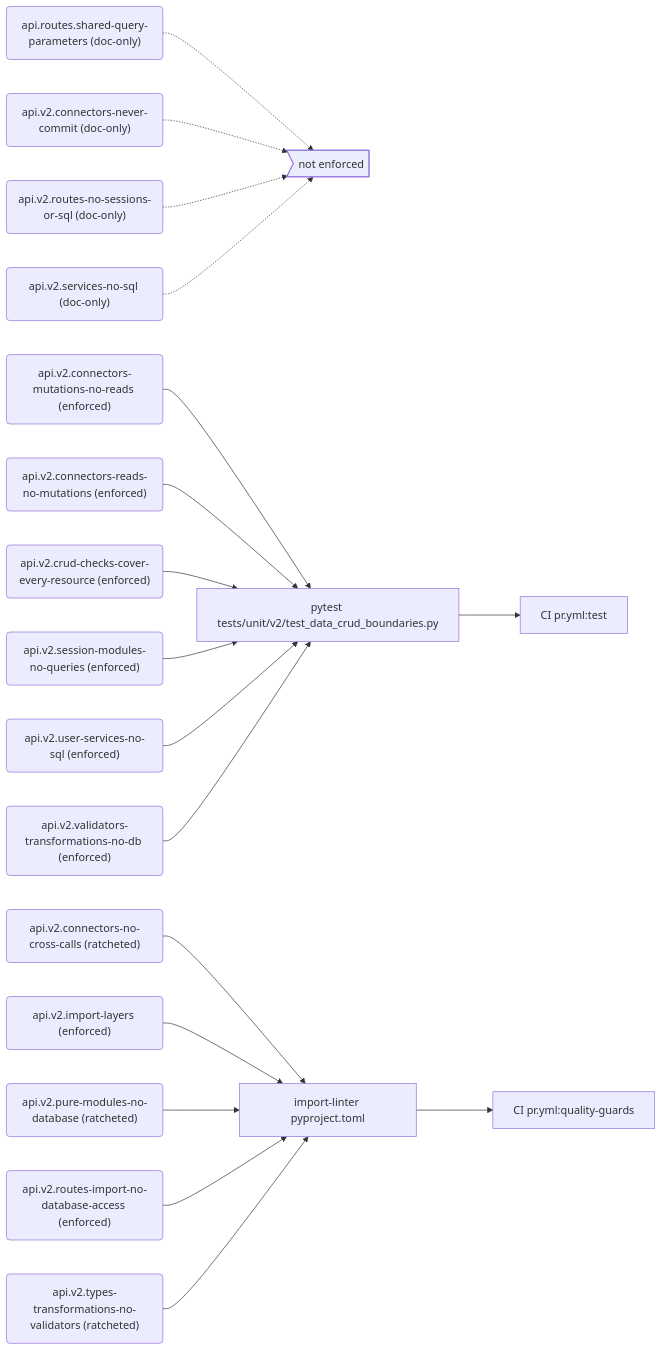
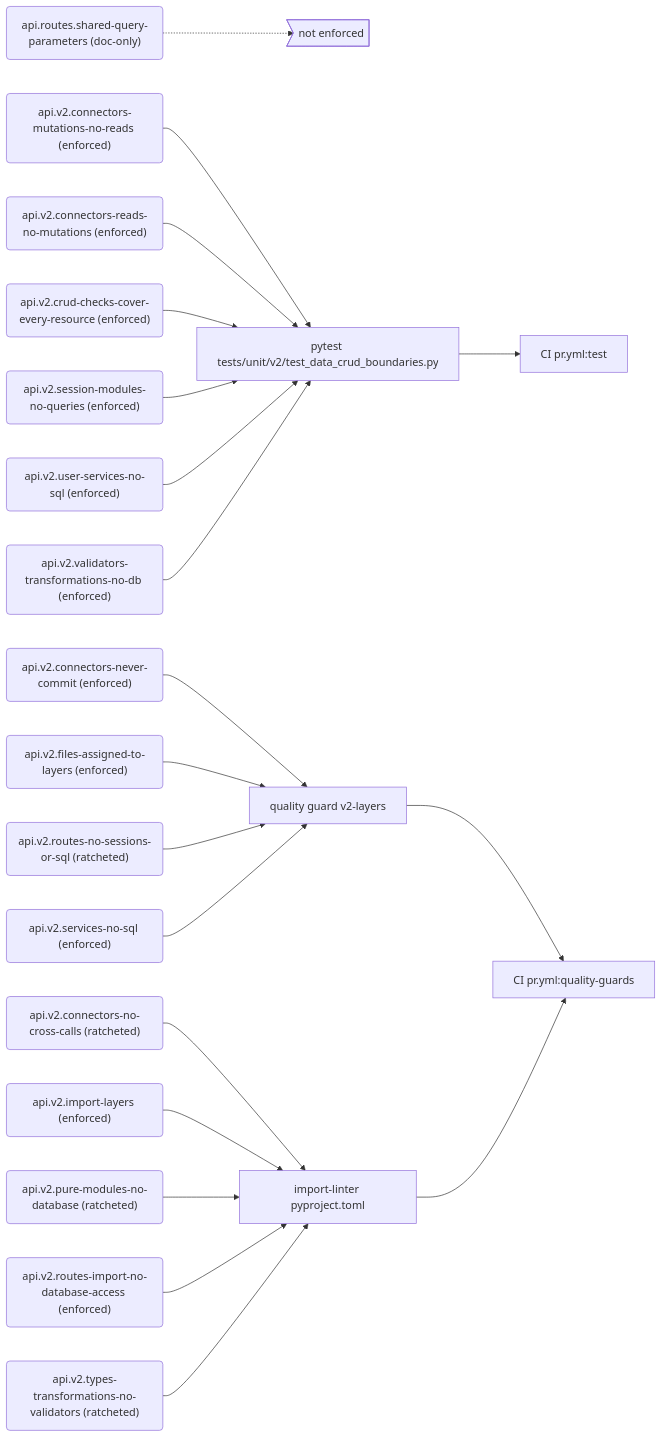
Before and after one commit to PolicyEngine/policyengine-api: the first of 11 diagrams in docs/generated/rules.md, drawn with Mermaid. The commit also changed other lines of this file and 9 other files, not shown here.

````diff
--- a/docs/generated/rules.md
+++ b/docs/generated/rules.md
@@ -101,40 +100,44 @@
 ```mermaid
 flowchart LR
   r_api_routes_shared_query_parameters("api.routes.shared-query-parameters (doc-only)")
   gap_unenforced>"not enforced"]
   r_api_v2_connectors_mutations_no_reads("api.v2.connectors-mutations-no-reads (enforced)")
   e_pytest_tests_unit_v2_test_data_crud_boundaries_py["pytest tests/unit/v2/test_data_crud_boundaries.py"]
   j_CI_pr_yml_test["CI pr.yml:test"]
-  r_api_v2_connectors_never_commit("api.v2.connectors-never-commit (doc-only)")
+  r_api_v2_connectors_never_commit("api.v2.connectors-never-commit (enforced)")
+  e_quality_guard_v2_layers["quality guard v2-layers"]
+  j_CI_pr_yml_quality_guards["CI pr.yml:quality-guards"]
   r_api_v2_connectors_no_cross_calls("api.v2.connectors-no-cross-calls (ratcheted)")
   e_import_linter_pyproject_toml["import-linter pyproject.toml"]
-  j_CI_pr_yml_quality_guards["CI pr.yml:quality-guards"]
   r_api_v2_connectors_reads_no_mutations("api.v2.connectors-reads-no-mutations (enforced)")
   r_api_v2_crud_checks_cover_every_resource("api.v2.crud-checks-cover-every-resource (enforced)")
+  r_api_v2_files_assigned_to_layers("api.v2.files-assigned-to-layers (enforced)")
   r_api_v2_import_layers("api.v2.import-layers (enforced)")
   r_api_v2_pure_modules_no_database("api.v2.pure-modules-no-database (ratcheted)")
   r_api_v2_routes_import_no_database_access("api.v2.routes-import-no-database-access (enforced)")
-  r_api_v2_routes_no_sessions_or_sql("api.v2.routes-no-sessions-or-sql (doc-only)")
-  r_api_v2_services_no_sql("api.v2.services-no-sql (doc-only)")
+  r_api_v2_routes_no_sessions_or_sql("api.v2.routes-no-sessions-or-sql (ratcheted)")
+  r_api_v2_services_no_sql("api.v2.services-no-sql (enforced)")
   r_api_v2_session_modules_no_queries("api.v2.session-modules-no-queries (enforced)")
   r_api_v2_types_transformations_no_validators("api.v2.types-transformations-no-validators (ratcheted)")
   r_api_v2_user_services_no_sql("api.v2.user-services-no-sql (enforced)")
   r_api_v2_validators_transformations_no_db("api.v2.validators-transformations-no-db (enforced)")
   r_api_routes_shared_query_parameters -.-> gap_unenforced
   r_api_v2_connectors_mutations_no_reads --> e_pytest_tests_unit_v2_test_data_crud_boundaries_py
   e_pytest_tests_unit_v2_test_data_crud_boundaries_py --> j_CI_pr_yml_test
-  r_api_v2_connectors_never_commit -.-> gap_unenforced
+  r_api_v2_connectors_never_commit --> e_quality_guard_v2_layers
+  e_quality_guard_v2_layers --> j_CI_pr_yml_quality_guards
   r_api_v2_connectors_no_cross_calls --> e_import_linter_pyproject_toml
   e_import_linter_pyproject_toml --> j_CI_pr_yml_quality_guards
   r_api_v2_connectors_reads_no_mutations --> e_pytest_tests_unit_v2_test_data_crud_boundaries_py
   r_api_v2_crud_checks_cover_every_resource --> e_pytest_tests_unit_v2_test_data_crud_boundaries_py
+  r_api_v2_files_assigned_to_layers --> e_quality_guard_v2_layers
   r_api_v2_import_layers --> e_import_linter_pyproject_toml
   r_api_v2_pure_modules_no_database --> e_import_linter_pyproject_toml
   r_api_v2_routes_import_no_database_access --> e_import_linter_pyproject_toml
-  r_api_v2_routes_no_sessions_or_sql -.-> gap_unenforced
-  r_api_v2_services_no_sql -.-> gap_unenforced
+  r_api_v2_routes_no_sessions_or_sql --> e_quality_guard_v2_layers
+  r_api_v2_services_no_sql --> e_quality_guard_v2_layers
   r_api_v2_session_modules_no_queries --> e_pytest_tests_unit_v2_test_data_crud_boundaries_py
   r_api_v2_types_transformations_no_validators --> e_import_linter_pyproject_toml
   r_api_v2_user_services_no_sql --> e_pytest_tests_unit_v2_test_data_crud_boundaries_py
   r_api_v2_validators_transformations_no_db --> e_pytest_tests_unit_v2_test_data_crud_boundaries_py
 ```
````
